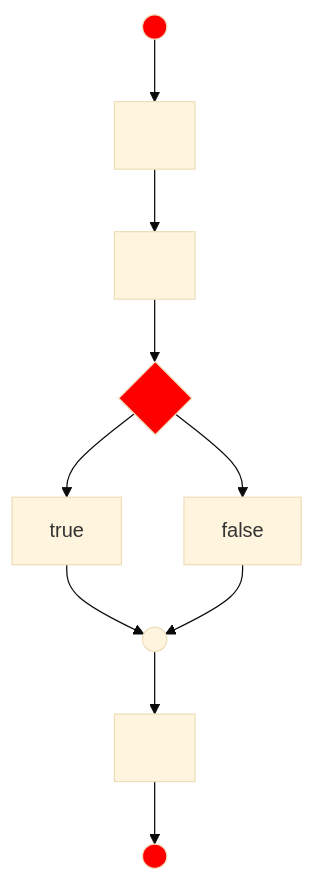
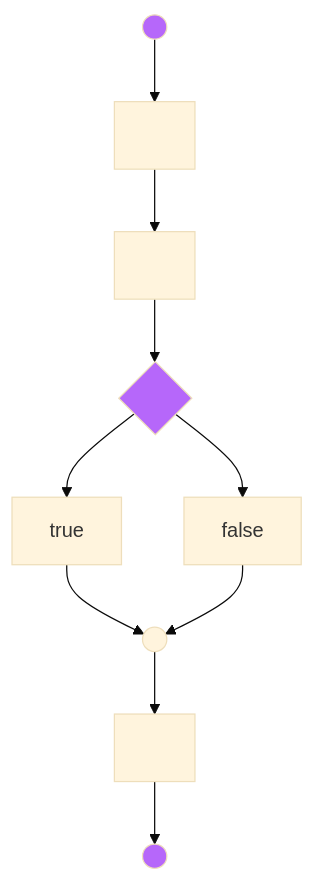
One commit to JenifferMendes/meus-estudos changed the second of 7 diagrams in curso-em-video/javascript/notejavascript.md. Above: the diagram before and after it, drawn with Mermaid (base theme). The commit also changed other lines of this file, not shown here.

````diff
--- a/curso-em-video/javascript/notejavascript.md
+++ b/curso-em-video/javascript/notejavascript.md
@@ -231,16 +232,16 @@
 ```mermaid
 graph TD;
 id1((&nbsp))--> p_1[&nbsp]
 p_1[&nbsp]--> p_2[&nbsp]
 p_2[&nbsp]--> p_3[&nbsp]
 p_3[&nbsp]--> true
 p_3{&nbsp}--> false
 true--> p_4((&nbsp))
 false--> p_4((&nbsp))
 p_4((&nbsp))--> p_5[&nbsp]
 p_5[&nbsp]--> id2((&nbsp))
 
-style id1 fill:#ff0000
-style p_3 fill:#ff0000
-style id2 fill:#ff0000
+style id1 fill:#B667FA
+style p_3 fill:#B667FA
+style id2 fill:#B667FA
 ```
````
